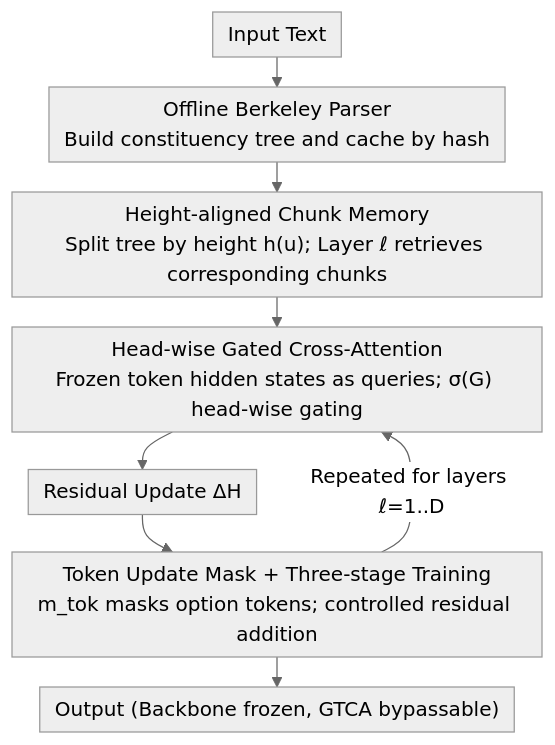
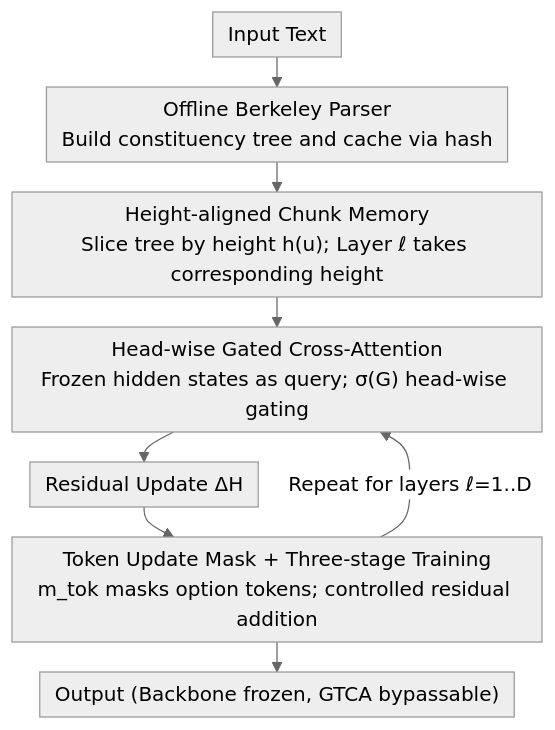
One commit to zhaoyang97/Paper-Notes-en changed the diagram in docs/ACL2026/llm_evaluation/gated_tree_cross-attention_for_checkpoint-compatible_syntax_injection_in_decoder.md. Above: the diagram before and after it, drawn with Mermaid (neutral theme). The commit also changed other lines of this file and 5084 other files, not shown here.

````diff
--- a/docs/ACL2026/llm_evaluation/gated_tree_cross-attention_for_checkpoint-compatible_syntax_injection_in_decoder.md
+++ b/docs/ACL2026/llm_evaluation/gated_tree_cross-attention_for_checkpoint-compatible_syntax_injection_in_decoder.md
@@ -45,11 +45,11 @@
 ```mermaid
 %%{init: {'flowchart': {'rankSpacing': 24, 'nodeSpacing': 28, 'padding': 6, 'wrappingWidth': 400}}}%%
 flowchart TD
-    A["Input Text"] --> B["Offline Berkeley Parser<br/>Build constituency tree and cache by hash"]
-    B --> C["Height-aligned Chunk Memory<br/>Split tree by height h(u); Layer ℓ retrieves corresponding chunks"]
-    C --> D["Head-wise Gated Cross-Attention<br/>Frozen token hidden states as queries; σ(G) head-wise gating"]
+    A["Input Text"] --> B["Offline Berkeley Parser<br/>Build constituency tree and cache via hash"]
+    B --> C["Height-aligned Chunk Memory<br/>Slice tree by height h(u); Layer ℓ takes corresponding height"]
+    C --> D["Head-wise Gated Cross-Attention<br/>Frozen hidden states as query; σ(G) head-wise gating"]
     D --> E["Residual Update ΔH"]
     E --> F["Token Update Mask + Three-stage Training<br/>m_tok masks option tokens; controlled residual addition"]
-    F -->|Repeated for layers ℓ=1..D| D
+    F -->|Repeat for layers ℓ=1..D| D
     F --> G["Output (Backbone frozen, GTCA bypassable)"]
 ```
````
